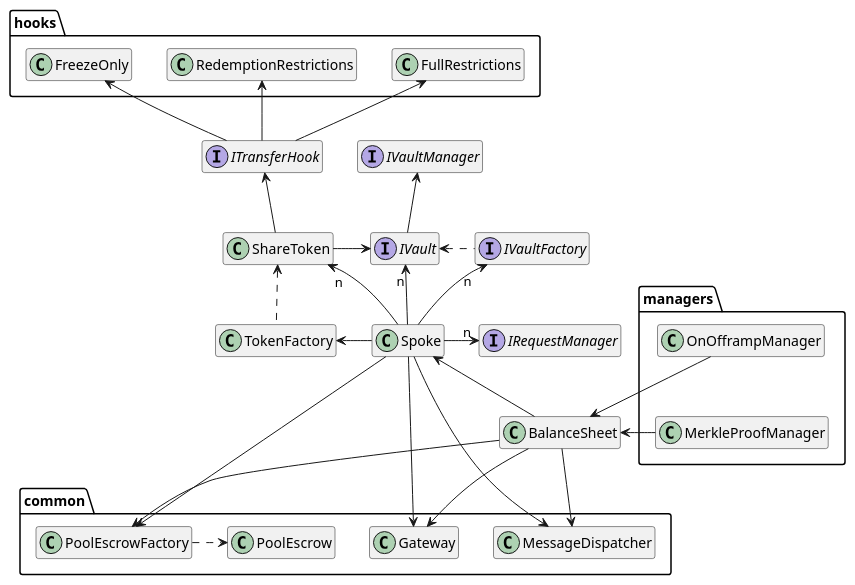
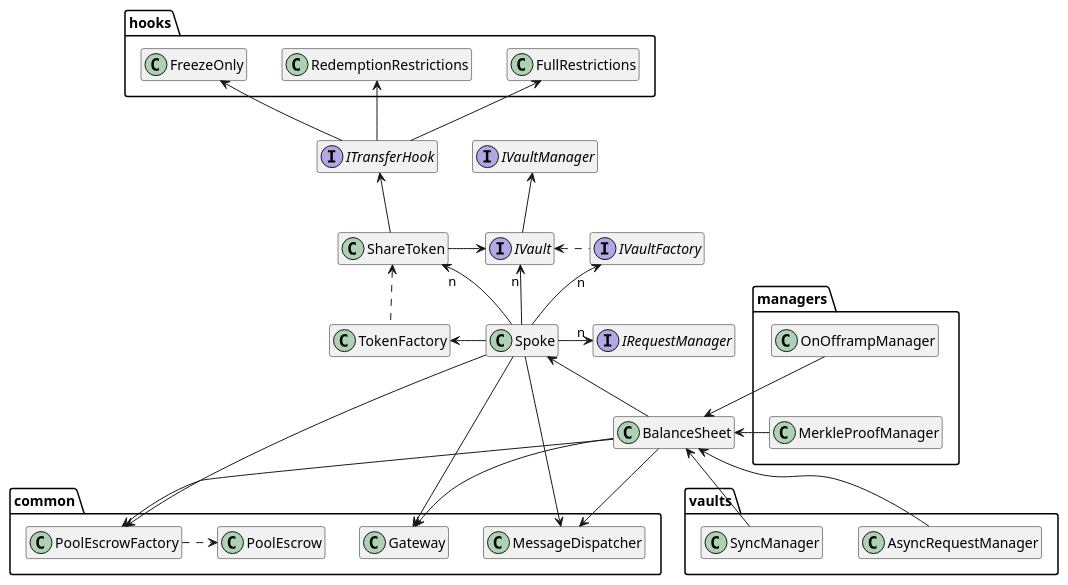
One commit to centrifuge/protocol changed the diagram in docs/architecture/spoke.puml. Above: the diagram before and after it, drawn with PlantUML. The commit also changed 1 other file, not shown here.

Commit message:
Minor fixes to diagrams

```diff
--- a/docs/architecture/spoke.puml
+++ b/docs/architecture/spoke.puml
@@ -1,73 +1,80 @@
 @startuml
 hide empty members
 
 package common {
     class Gateway
     class MessageDispatcher
     class PoolEscrow
     class PoolEscrowFactory
 }
 
 package managers {
     class OnOfframpManager
     class MerkleProofManager
+}
+
+package vaults {
+    class AsyncRequestManager
+    class SyncManager
 }
 
 package hooks {
     class FreezeOnly
     class RedemptionRestrictions
     class FullRestrictions
 }
 
 class Hidden
 
 class Spoke
 class ShareToken
 class BalanceSheet
 class TokenFactory
 
 interface IVaultFactory
 interface IVault
 interface IVaultManager
 interface IRequestManager
 interface ITransferHook
 
 ITransferHook -up-> FreezeOnly
 ITransferHook -up-> RedemptionRestrictions
 ITransferHook -up-> FullRestrictions
 
 Spoke -left-> TokenFactory
 Spoke -down--> PoolEscrowFactory
 Spoke -up->"n" IVaultFactory
 Spoke -up->"n" ShareToken
 Spoke -up->"n" IVault
 Spoke ---> Gateway
 Spoke ---> MessageDispatcher
 Spoke -right->"n" IRequestManager
 
 BalanceSheet -right-> PoolEscrowFactory
 BalanceSheet -left--> Spoke
 BalanceSheet --> MessageDispatcher
 BalanceSheet --> Gateway
 
 PoolEscrowFactory .right.> PoolEscrow
 
 ShareToken -up-> ITransferHook
 ShareToken -right-> IVault
 IVault -up-> IVaultManager
 
 OnOfframpManager -down-> BalanceSheet
 MerkleProofManager -up-> BalanceSheet
+AsyncRequestManager -up-> BalanceSheet
+SyncManager -up-> BalanceSheet
 
 TokenFactory .up.> ShareToken
 IVaultFactory .left.> IVault
 
 ' Hidden stuff to make things more visual
 
 hide Hidden
 
 OnOfframpManager -down[hidden]-> MerkleProofManager
 MerkleProofManager -down-> Hidden
 Hidden -up-> BalanceSheet
 
 @enduml
```
